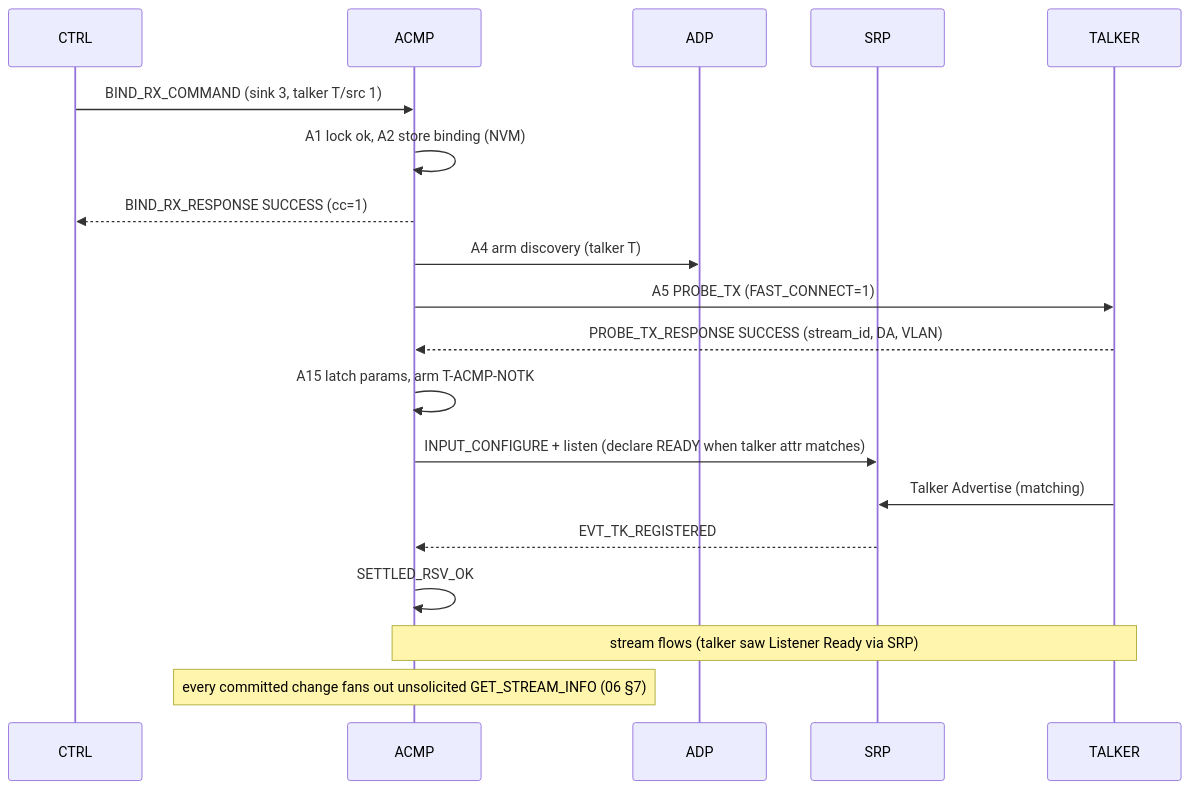
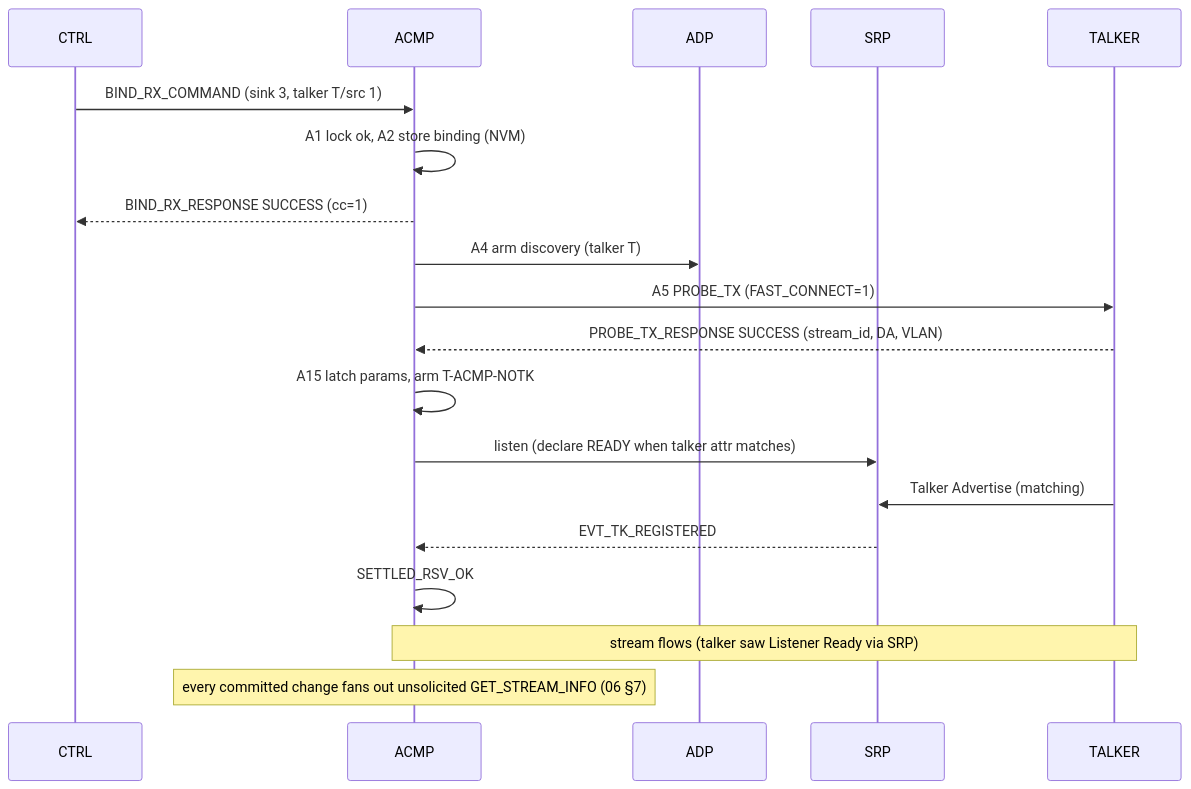
One commit to Mister-M-alt/protocol-processor-control-plane-avb-milan changed the eighth of 11 diagrams in docs/architecture/05_acmp_engine.md. Above: the diagram before and after it, drawn with Mermaid. The commit also changed other lines of this file and 4 other files, not shown here.

````diff
--- a/docs/architecture/05_acmp_engine.md
+++ b/docs/architecture/05_acmp_engine.md
@@ -494,21 +496,21 @@
 ```mermaid
 sequenceDiagram
     participant CTRL
     participant ACMP
     participant ADP
     participant SRP
     participant TALKER
     CTRL->>ACMP: BIND_RX_COMMAND (sink 3, talker T/src 1)
     ACMP->>ACMP: A1 lock ok, A2 store binding (NVM)
     ACMP-->>CTRL: BIND_RX_RESPONSE SUCCESS (cc=1)
     ACMP->>ADP: A4 arm discovery (talker T)
     ACMP->>TALKER: A5 PROBE_TX (FAST_CONNECT=1)
     TALKER-->>ACMP: PROBE_TX_RESPONSE SUCCESS (stream_id, DA, VLAN)
     ACMP->>ACMP: A15 latch params, arm T-ACMP-NOTK
-    ACMP->>SRP: INPUT_CONFIGURE + listen (declare READY when talker attr matches)
+    ACMP->>SRP: listen (declare READY when talker attr matches)
     TALKER->>SRP: Talker Advertise (matching)
     SRP-->>ACMP: EVT_TK_REGISTERED
     ACMP->>ACMP: SETTLED_RSV_OK
     Note over TALKER,ACMP: stream flows (talker saw Listener Ready via SRP)
     Note over ACMP: every committed change fans out unsolicited GET_STREAM_INFO (06 §7)
 ```
````
